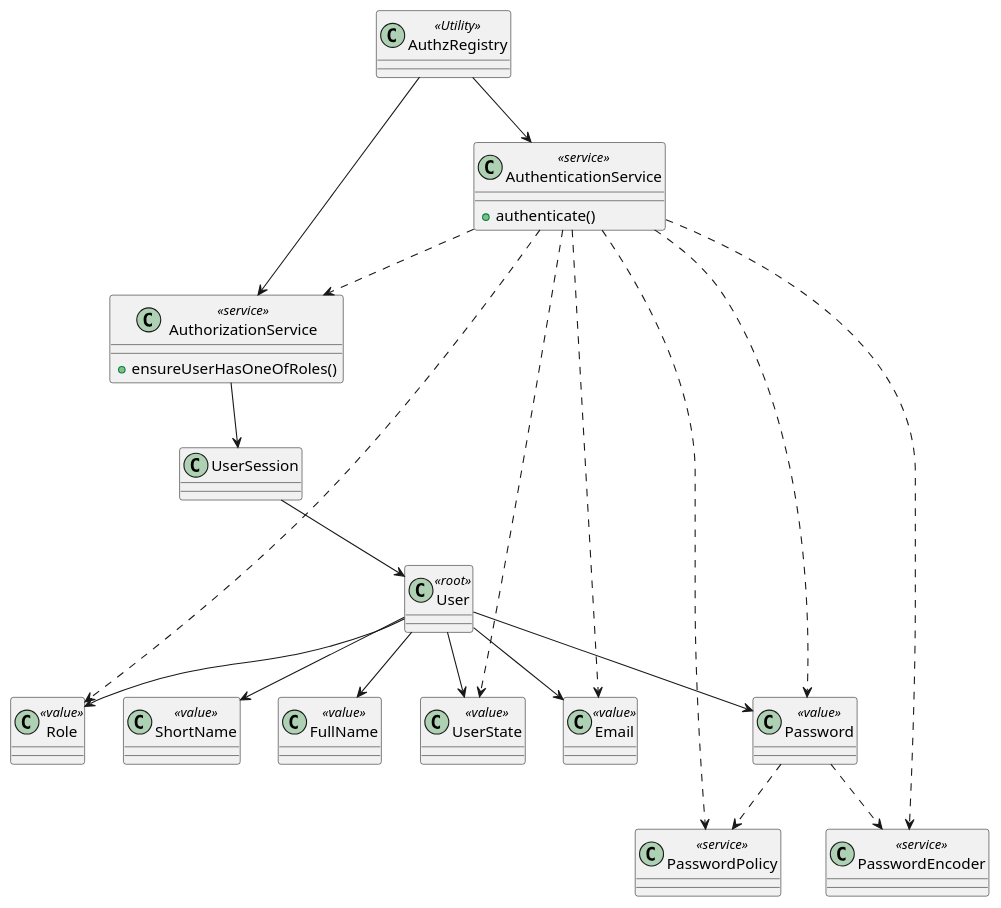
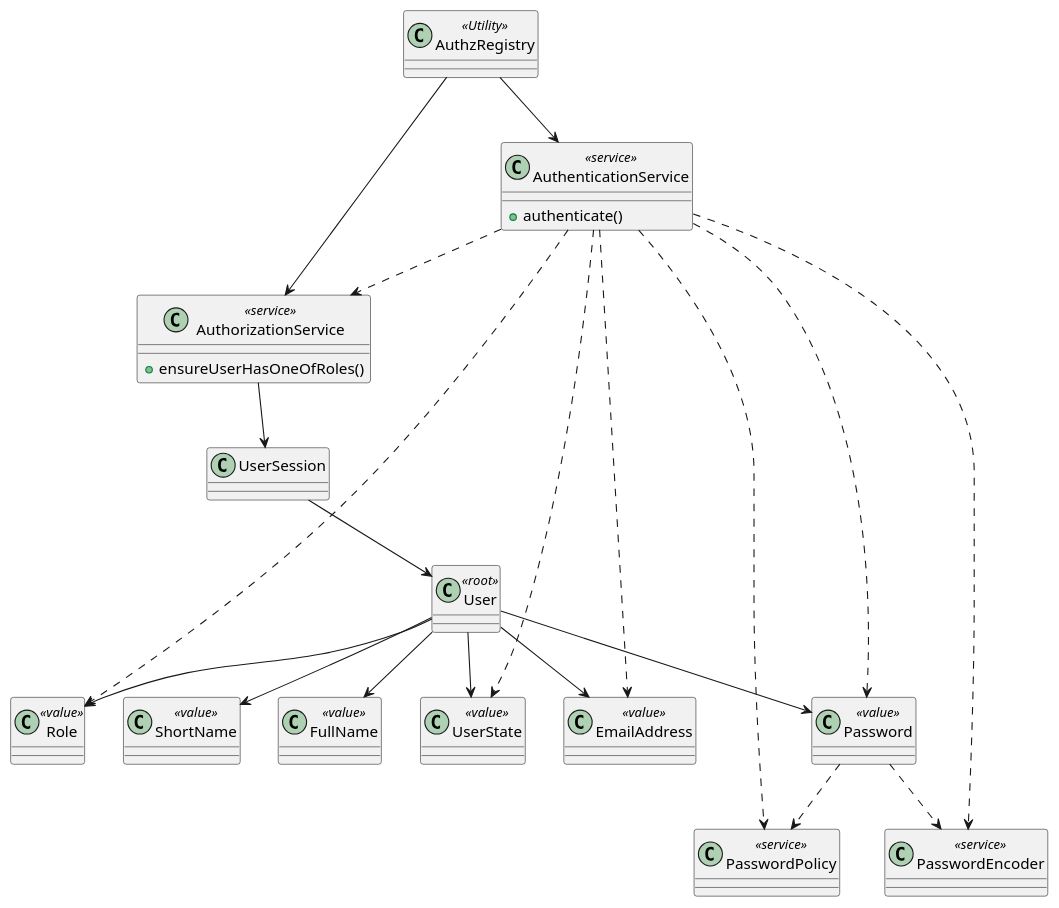
The diagram in docs/SPRINT A/US_G006/Design/Class_Diagram.puml (brunacosta03/sem4pi_22_23), drawn with PlantUML before and after one commit. The commit also changed 27 other files, not shown here.

```diff
--- a/docs/SPRINT A/US_G006/Design/Class_Diagram.puml
+++ b/docs/SPRINT A/US_G006/Design/Class_Diagram.puml
@@ -1,85 +1,85 @@
 @startuml
 
 
 class AuthzRegistry <<Utility>> {
 }
 
 ' Services
 class AuthenticationService <<service>> {
     + authenticate()
 }
 
 class AuthorizationService <<service>> {
     + ensureUserHasOneOfRoles()
 }
 
 class PasswordEncoder <<service>> {
 }
 
 class PasswordPolicy <<service>> {
 }
 
 class UserSession {
 }
 
 
 ' User aggregate
 class User <<root>> {
 }
 
 class UserState <<value>> {
 }
 
 class ShortName <<value>> {
 }
 
 class FullName <<value>> {
 }
 
-class Email <<value>> {
+class EmailAddress <<value>> {
 }
 
 class Password <<value>> {
 }
 
 class Role <<value>> {
 }
 
 
 
 ' User value objects
 User --> ShortName
 User --> FullName
-User --> Email
+User --> EmailAddress
 User --> Password
 User --> UserState
 User --> Role
 
 ' What does authentication use?
 AuthenticationService ..> AuthorizationService
-AuthenticationService ..> Email
+AuthenticationService ..> EmailAddress
 AuthenticationService ..> Password
 AuthenticationService ..> UserState
 AuthenticationService ..> Role
 AuthenticationService ..> PasswordPolicy
 AuthenticationService ..> PasswordEncoder
 
 ' What does authorization have?
 AuthorizationService --> UserSession
 
 ' What does a user session have?
 UserSession --> User
 
 ' What does a password use?
 ' (Since it has business logic rules and can't be directly be persisted)
 Password ..> PasswordPolicy
 Password ..> PasswordEncoder
 
 AuthzRegistry --> AuthenticationService
 AuthzRegistry --> AuthorizationService
 
 
 
 
 
 @enduml
```
